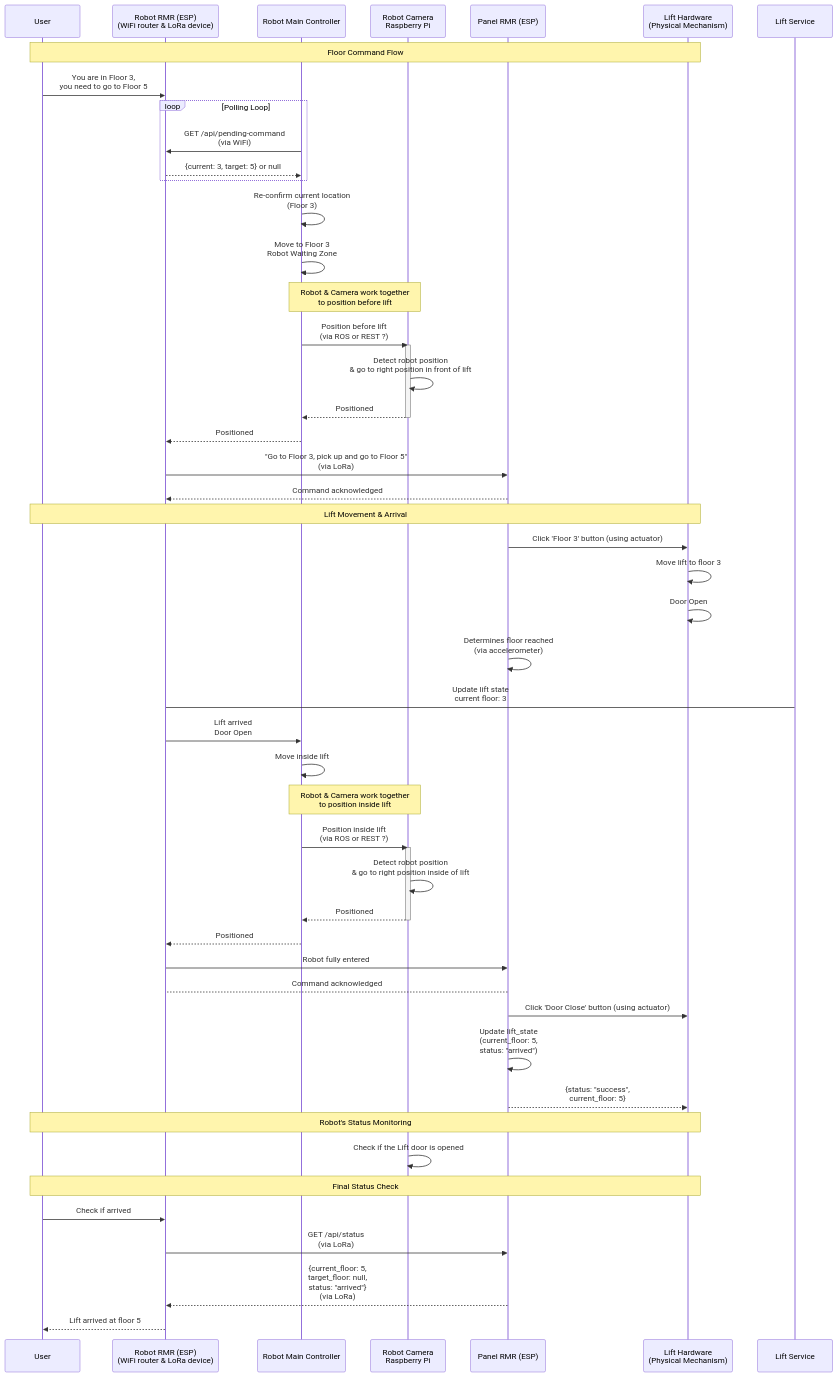
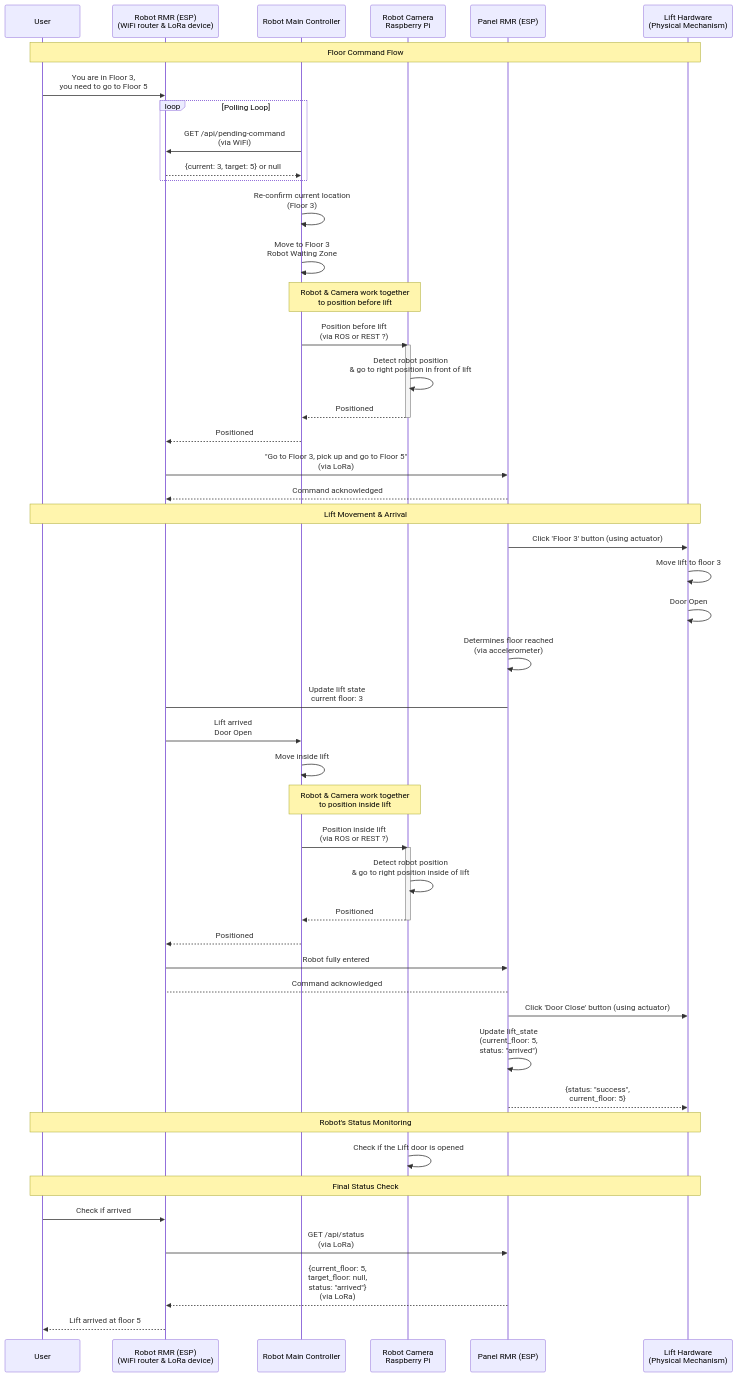
The first of 2 diagrams in sequence_diagram.md (in-is-ah/rmr), drawn with Mermaid before and after one commit.

Commit message:
Fix formatting of lift state update in sequence diagram

````diff
--- a/sequence_diagram.md
+++ b/sequence_diagram.md
@@ -5,58 +5,58 @@
 ```mermaid
 sequenceDiagram
     participant User
     participant ClientPi as Robot RMR (ESP)<br/>(WiFi router & LoRa device)
     participant RobotMainController as Robot Main Controller
     participant CameraModule as Robot Camera<br/>Raspberry Pi
     participant LiftService as Panel RMR (ESP)
     participant LiftHardware as Lift Hardware<br/>(Physical Mechanism)
 
     Note over User,LiftHardware: Floor Command Flow
     User->>ClientPi: You are in Floor 3,<br/>you need to go to Floor 5
     loop Polling Loop
         RobotMainController->>ClientPi: GET /api/pending-command<br/>(via WiFi)
         ClientPi-->>RobotMainController: {current: 3, target: 5} or null
     end
     RobotMainController->>RobotMainController: Re-confirm current location<br/>(Floor 3)
     RobotMainController->>RobotMainController: Move to Floor 3<br/>Robot Waiting Zone
     Note over RobotMainController,CameraModule: Robot & Camera work together<br/>to position before lift
     RobotMainController->>CameraModule: Position before lift<br/>(via ROS or REST ?)
     activate CameraModule
     CameraModule->>CameraModule: Detect robot position<br/>& go to right position in front of lift
     CameraModule-->>RobotMainController: Positioned
     deactivate CameraModule
     RobotMainController-->>ClientPi: Positioned
     ClientPi->>LiftService: "Go to Floor 3, pick up and go to Floor 5"<br/>(via LoRa)
     LiftService-->>ClientPi: Command acknowledged
     
     Note over User,LiftHardware: Lift Movement & Arrival
     LiftService->>LiftHardware: Click 'Floor 3' button (using actuator)
     LiftHardware->>LiftHardware: Move lift to floor 3
     LiftHardware->>LiftHardware: Door Open
     LiftService->>LiftService: Determines floor reached<br/>(via accelerometer)
-    Lift Service->ClientPi: Update lift state<br/>current floor: 3
+    LiftService->ClientPi: Update lift state<br/>current floor: 3
     ClientPi->>RobotMainController: Lift arrived<br/>Door Open
     RobotMainController->>RobotMainController: Move inside lift
     Note over RobotMainController,CameraModule: Robot & Camera work together<br/>to position inside lift
     RobotMainController->>CameraModule: Position inside lift<br/>(via ROS or REST ?)
     activate CameraModule
     CameraModule->>CameraModule: Detect robot position<br/>& go to right position inside of lift
     CameraModule-->>RobotMainController: Positioned
     deactivate CameraModule
     RobotMainController-->>ClientPi: Positioned
     ClientPi->>LiftService: Robot fully entered
     LiftService-->ClientPi: Command acknowledged
     LiftService->>LiftHardware: Click 'Door Close' button (using actuator)
 
     LiftService->>LiftService: Update lift_state<br/>(current_floor: 5,<br/>status: "arrived")
     LiftService-->>LiftHardware: {status: "success",<br/>current_floor: 5}
     
     Note over User,LiftHardware: Robot's Status Monitoring
     CameraModule->>CameraModule: Check if the Lift door is opened
 
     Note over User,LiftHardware: Final Status Check
     User->>ClientPi: Check if arrived
     ClientPi->>LiftService: GET /api/status<br/>(via LoRa)
     LiftService-->>ClientPi: {current_floor: 5,<br/>target_floor: null,<br/>status: "arrived"}<br/>(via LoRa)
     ClientPi-->>User: Lift arrived at floor 5
 ```
````
